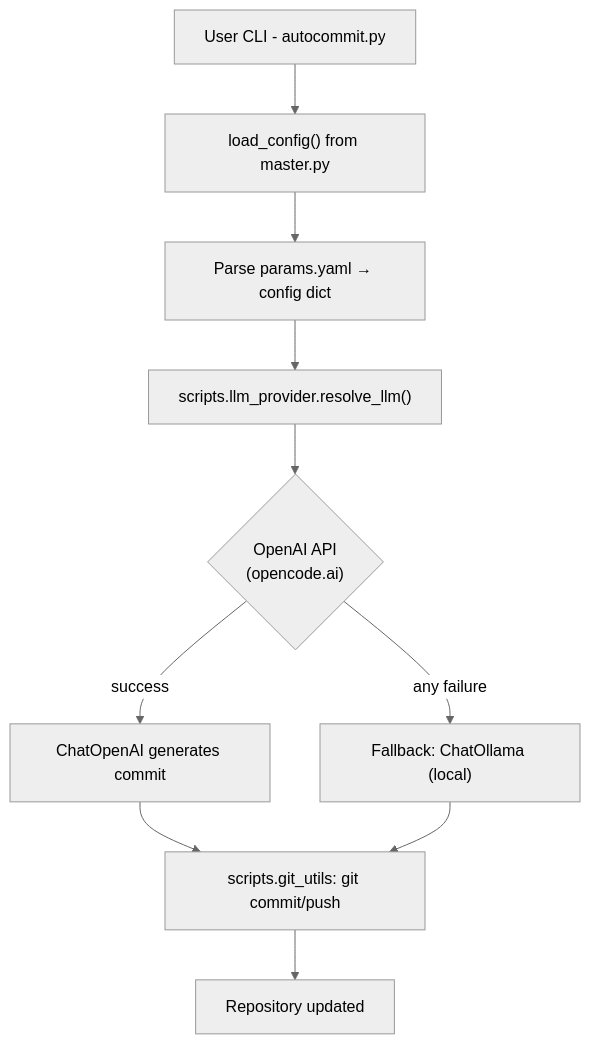
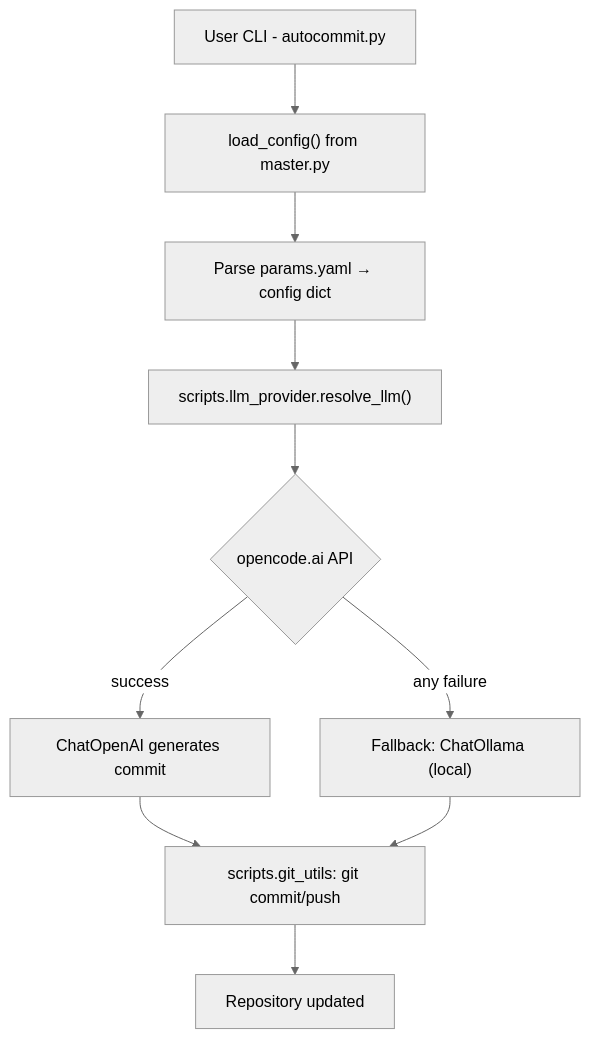
One commit to brandon-benge/langchain_autocommit changed the diagram in README.md. Above: the diagram before and after it, drawn with Mermaid (neutral theme). The commit also changed other lines of this file and 3 other files, not shown here.

````diff
--- a/README.md
+++ b/README.md
@@ -31,12 +31,12 @@
 ```mermaid
 flowchart TD
     A["User CLI - autocommit.py"] --> B["load_config() from master.py"]
     B --> C["Parse params.yaml → config dict"]
     C --> D["scripts.llm_provider.resolve_llm()"]
-    D --> E{"OpenAI API\n(opencode.ai)"}
+    D --> E{"opencode.ai API"}
     E -->|"success"| F["ChatOpenAI generates commit"]
     E -->|"any failure"| G["Fallback: ChatOllama (local)"]
     F --> H["scripts.git_utils: git commit/push"]
     G --> H
     H --> I["Repository updated"]
 ```
````
